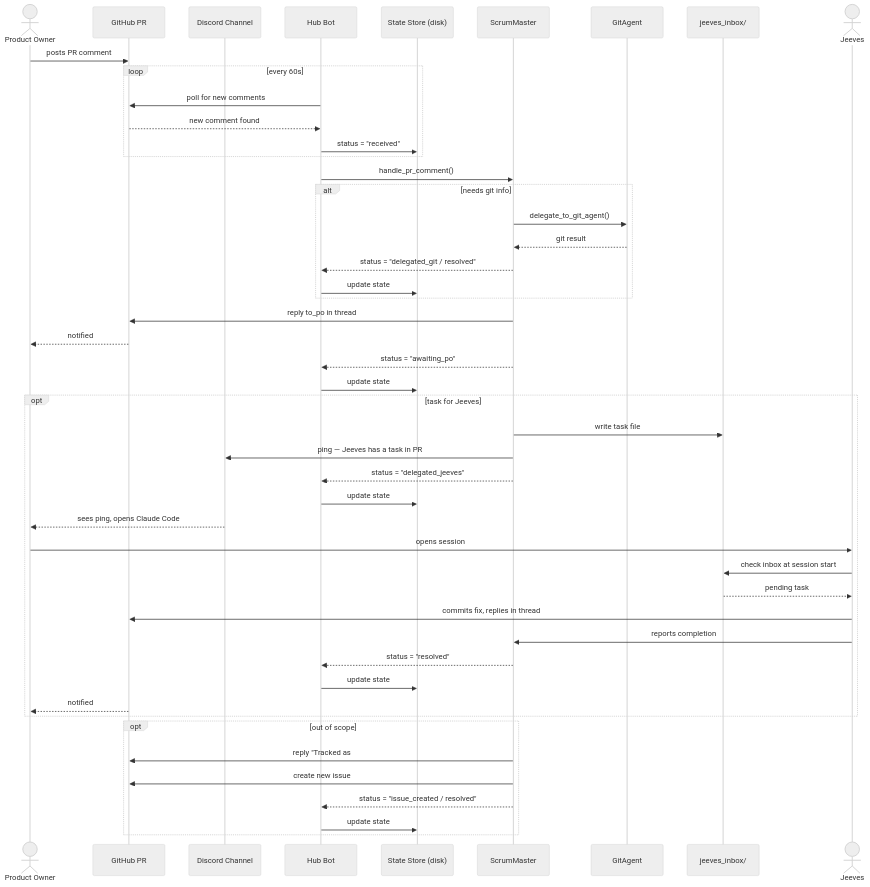
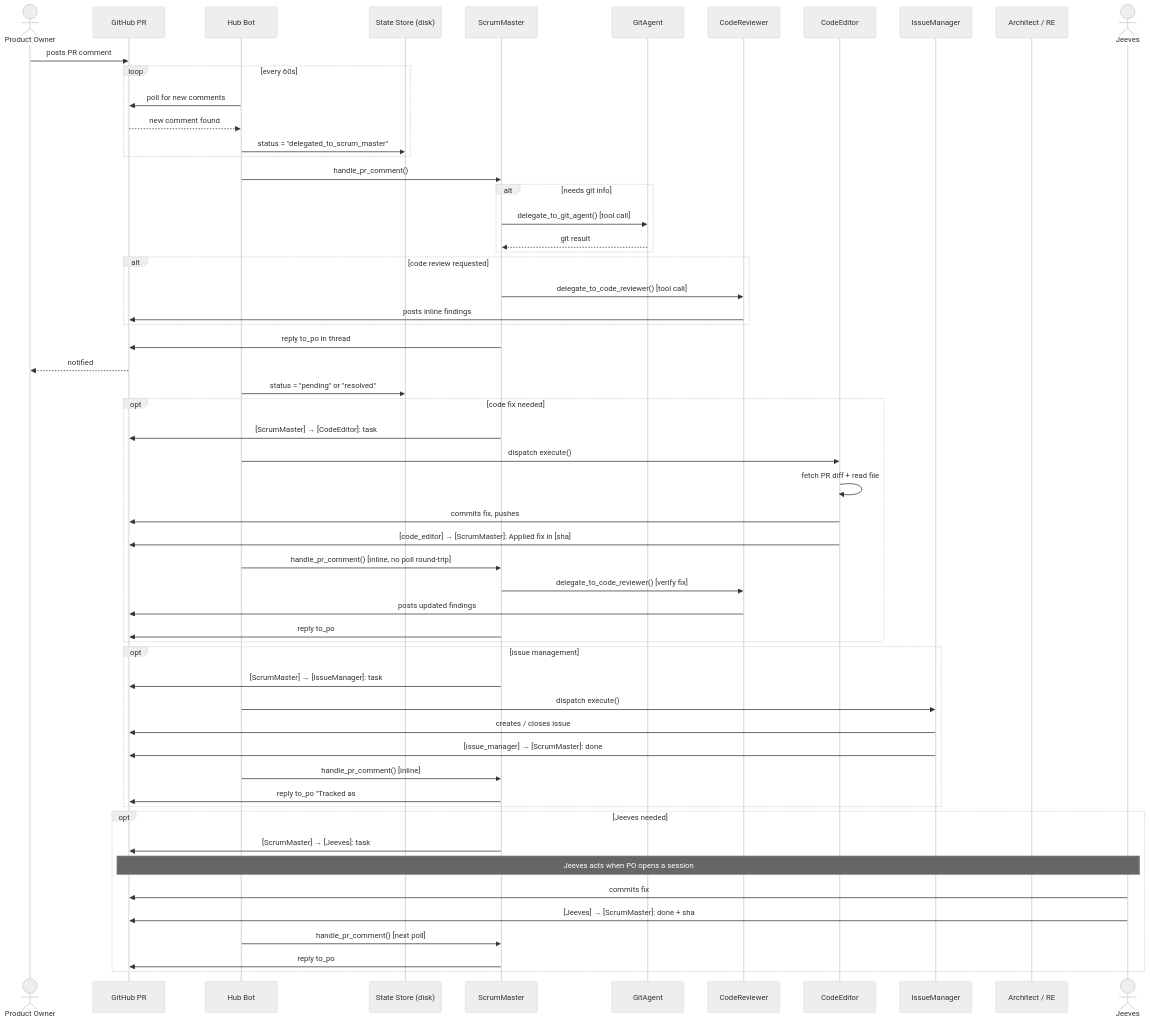
The second of 2 diagrams in docs/agent_communication.md (guszahrma/ai-agent-hub2), drawn with Mermaid (neutral theme) before and after one commit. The commit also changed other lines of this file and 1 other file, not shown here.

First line of the commit message:
Update docs to reflect current agent architecture

````diff
--- a/docs/agent_communication.md
+++ b/docs/agent_communication.md
@@ -106,57 +75,68 @@
 ```mermaid
 sequenceDiagram
     actor PO as Product Owner
     participant GH as GitHub PR
-    participant DC as Discord Channel
     participant Bot as Hub Bot
     participant SS as State Store (disk)
     participant SM as ScrumMaster
     participant GA as GitAgent
-    participant JI as jeeves_inbox/
+    participant CR as CodeReviewer
+    participant CE as CodeEditor
+    participant IM as IssueManager
+    participant AR as Architect / RE
     actor JE as Jeeves
 
     PO->>GH: posts PR comment
 
     loop every 60s
         Bot->>GH: poll for new comments
         GH-->>Bot: new comment found
-        Bot->>SS: status = "received"
+        Bot->>SS: status = "delegated_to_scrum_master"
     end
 
     Bot->>SM: handle_pr_comment()
 
     alt needs git info
-        SM->>GA: delegate_to_git_agent()
+        SM->>GA: delegate_to_git_agent() [tool call]
         GA-->>SM: git result
-        SM-->>Bot: status = "delegated_git / resolved"
-        Bot->>SS: update state
+    end
+
+    alt code review requested
+        SM->>CR: delegate_to_code_reviewer() [tool call]
+        CR->>GH: posts inline findings
     end
 
     SM->>GH: reply to_po in thread
     GH-->>PO: notified
-    SM-->>Bot: status = "awaiting_po"
-    Bot->>SS: update state
+    Bot->>SS: status = "pending" or "resolved"
 
-    opt task for Jeeves
-        SM->>JI: write task file
-        SM->>DC: ping — Jeeves has a task in PR #N
-        SM-->>Bot: status = "delegated_jeeves"
-        Bot->>SS: update state
-        DC-->>PO: sees ping, opens Claude Code
-        PO->>JE: opens session
-        JE->>JI: check inbox at session start
-        JI-->>JE: pending task
-        JE->>GH: commits fix, replies in thread
-        JE->>SM: reports completion
-        SM-->>Bot: status = "resolved"
-        Bot->>SS: update state
-        GH-->>PO: notified
+    opt code fix needed
+        SM->>GH: [ScrumMaster] → [CodeEditor]: task
+        Bot->>CE: dispatch execute()
+        CE->>CE: fetch PR diff + read file
+        CE->>GH: commits fix, pushes
+        CE->>GH: [code_editor] → [ScrumMaster]: Applied fix in [sha]
+        Bot->>SM: handle_pr_comment() [inline, no poll round-trip]
+        SM->>CR: delegate_to_code_reviewer() [verify fix]
+        CR->>GH: posts updated findings
+        SM->>GH: reply to_po
     end
 
-    opt out of scope
-        SM->>GH: reply "Tracked as #N"
-        SM->>GH: create new issue #N
-        SM-->>Bot: status = "issue_created / resolved"
-        Bot->>SS: update state
+    opt issue management
+        SM->>GH: [ScrumMaster] → [IssueManager]: task
+        Bot->>IM: dispatch execute()
+        IM->>GH: creates / closes issue
+        IM->>GH: [issue_manager] → [ScrumMaster]: done
+        Bot->>SM: handle_pr_comment() [inline]
+        SM->>GH: reply to_po "Tracked as #N"
+    end
+
+    opt Jeeves needed
+        SM->>GH: [ScrumMaster] → [Jeeves]: task
+        note over GH,JE: Jeeves acts when PO opens a session
+        JE->>GH: commits fix
+        JE->>GH: [Jeeves] → [ScrumMaster]: done + sha
+        Bot->>SM: handle_pr_comment() [next poll]
+        SM->>GH: reply to_po
     end
 ```
````
